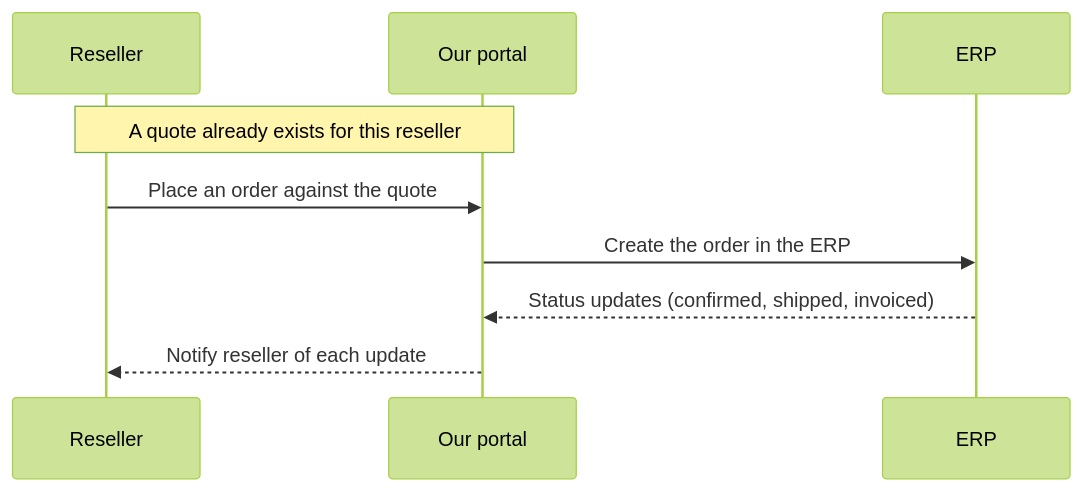
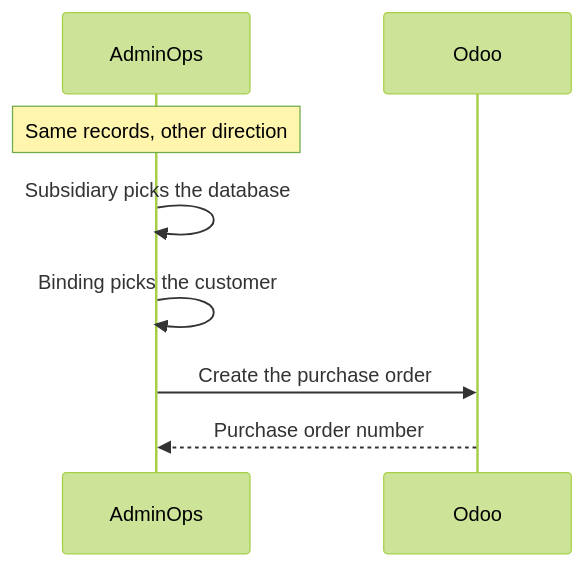
The third of 3 diagrams in docs/business-case.md (sridarsaikrishnan/AI-DLC-ERP-Supply-Chain-Order-Portal), drawn with Mermaid (forest theme) before and after one commit. The commit also changed other lines of this file and 50 other files, not shown here.

First line of the commit message:
Show every order and reseller notification in AdminOps.

````diff
--- a/docs/business-case.md
+++ b/docs/business-case.md
@@ -32,12 +97,11 @@
 ```mermaid
 sequenceDiagram
-    participant R as Reseller
-    participant P as Our portal
-    participant E as ERP
+    participant AdminOps
+    participant Odoo
 
-    Note over R,P: A quote already exists for this reseller
-    R->>P: Place an order against the quote
-    P->>E: Create the order in the ERP
-    E-->>P: Status updates (confirmed, shipped, invoiced)
-    P-->>R: Notify reseller of each update
+    Note over AdminOps: Same records, other direction
+    AdminOps->>AdminOps: Subsidiary picks the database
+    AdminOps->>AdminOps: Binding picks the customer
+    AdminOps->>Odoo: Create the purchase order
+    Odoo-->>AdminOps: Purchase order number
 ```
````
